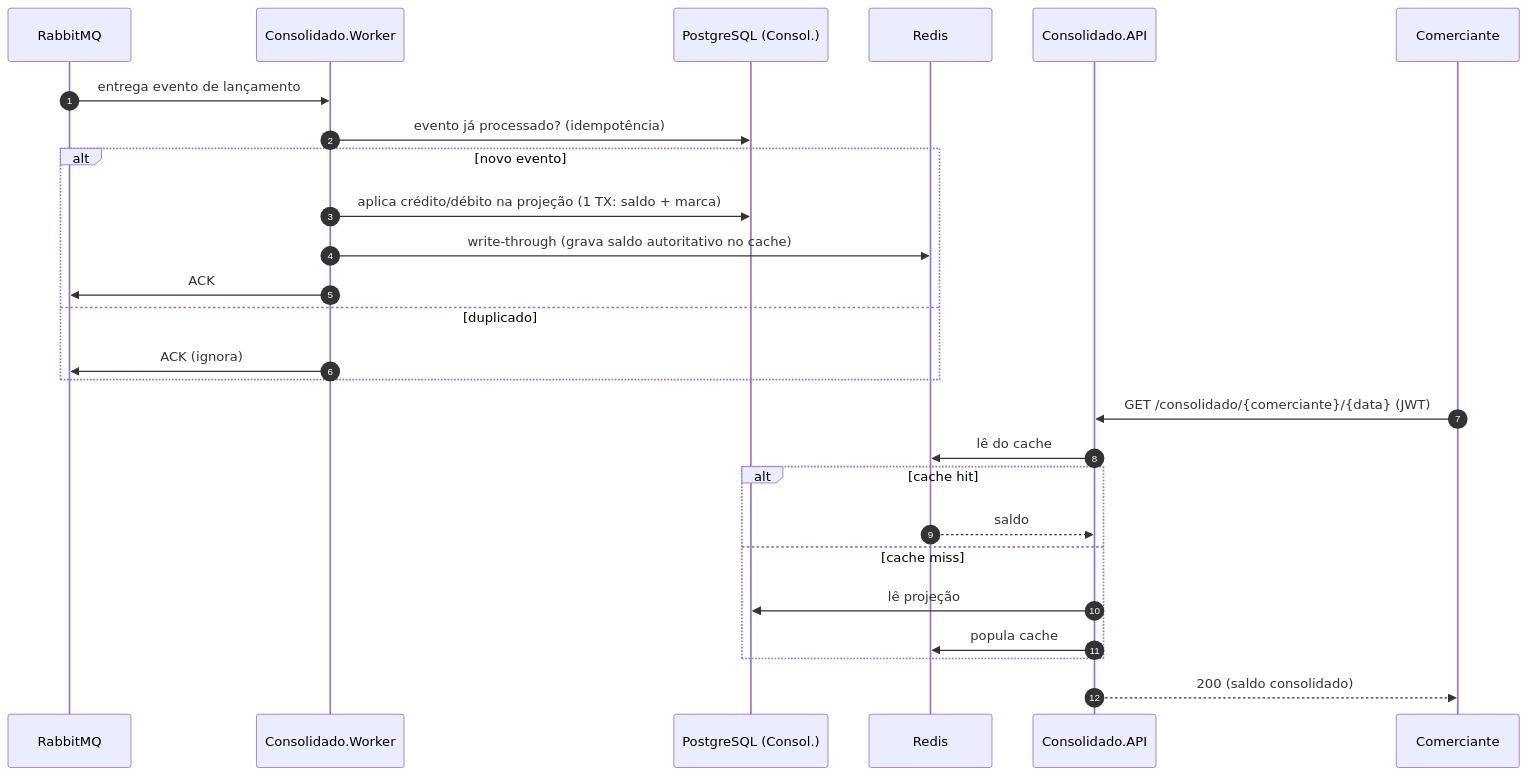
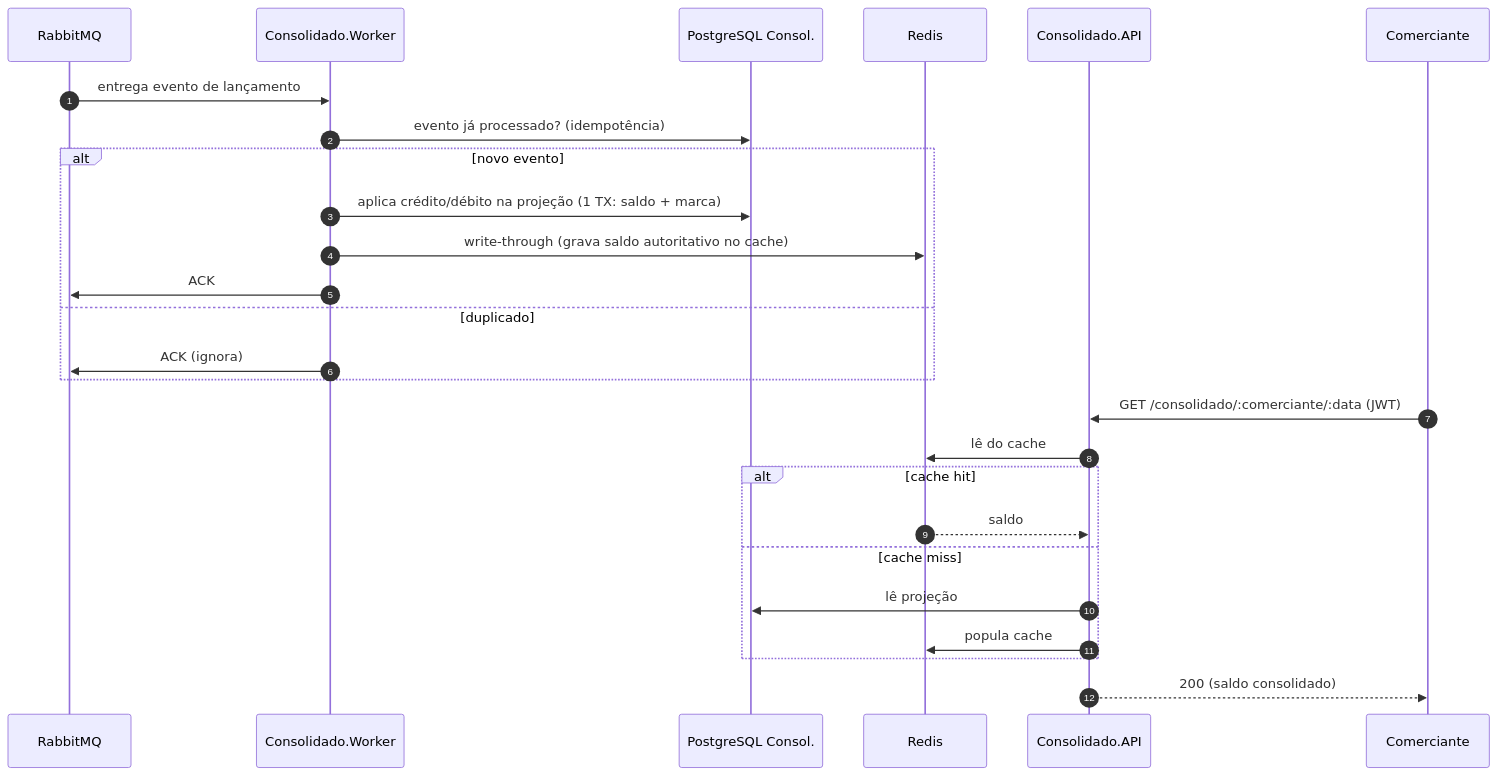
Before and after one commit to codingwithrenato/desafio-arquiteto-fluxo-de-caixa: the fifth of 6 diagrams in docs/architecture.md, drawn with Mermaid. The commit also changed other lines of this file, not shown here.

First line of the commit message:
docs(architecture): corrige render dos diagramas Mermaid

````diff
--- a/docs/architecture.md
+++ b/docs/architecture.md
@@ -145,30 +145,30 @@
 ```mermaid
 sequenceDiagram
     autonumber
     participant MQ as RabbitMQ
     participant W as Consolidado.Worker
-    participant DB as PostgreSQL (Consol.)
+    participant DB as PostgreSQL Consol.
     participant R as Redis
     participant API as Consolidado.API
     participant C as Comerciante
 
     MQ->>W: entrega evento de lançamento
     W->>DB: evento já processado? (idempotência)
     alt novo evento
         W->>DB: aplica crédito/débito na projeção (1 TX: saldo + marca)
         W->>R: write-through (grava saldo autoritativo no cache)
         W->>MQ: ACK
     else duplicado
         W->>MQ: ACK (ignora)
     end
 
-    C->>API: GET /consolidado/{comerciante}/{data} (JWT)
+    C->>API: GET /consolidado/:comerciante/:data (JWT)
     API->>R: lê do cache
     alt cache hit
         R-->>API: saldo
     else cache miss
         API->>DB: lê projeção
         API->>R: popula cache
     end
     API-->>C: 200 (saldo consolidado)
 ```
````
